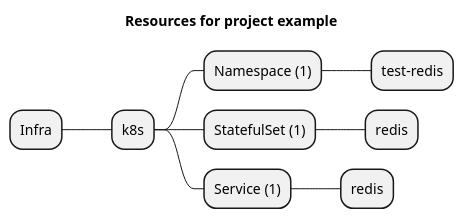
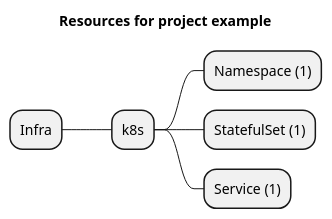
One commit to grucloud/grucloud changed the diagram in packages/modules/k8s/redis/example/artifacts/resources-mindmap.puml. Above: the diagram before and after it, drawn with PlantUML. The commit also changed 31 other files, not shown here.

```diff
--- a/packages/modules/k8s/redis/example/artifacts/resources-mindmap.puml
+++ b/packages/modules/k8s/redis/example/artifacts/resources-mindmap.puml
@@ -1,12 +1,9 @@
 @startmindmap
 title Resources for project example
 skinparam monochrome true
 + Infra
 ++ k8s
 +++ Namespace (1)
-++++ test-redis
 +++ StatefulSet (1)
-++++ redis
 +++ Service (1)
-++++ redis
 @endmindmap
```
